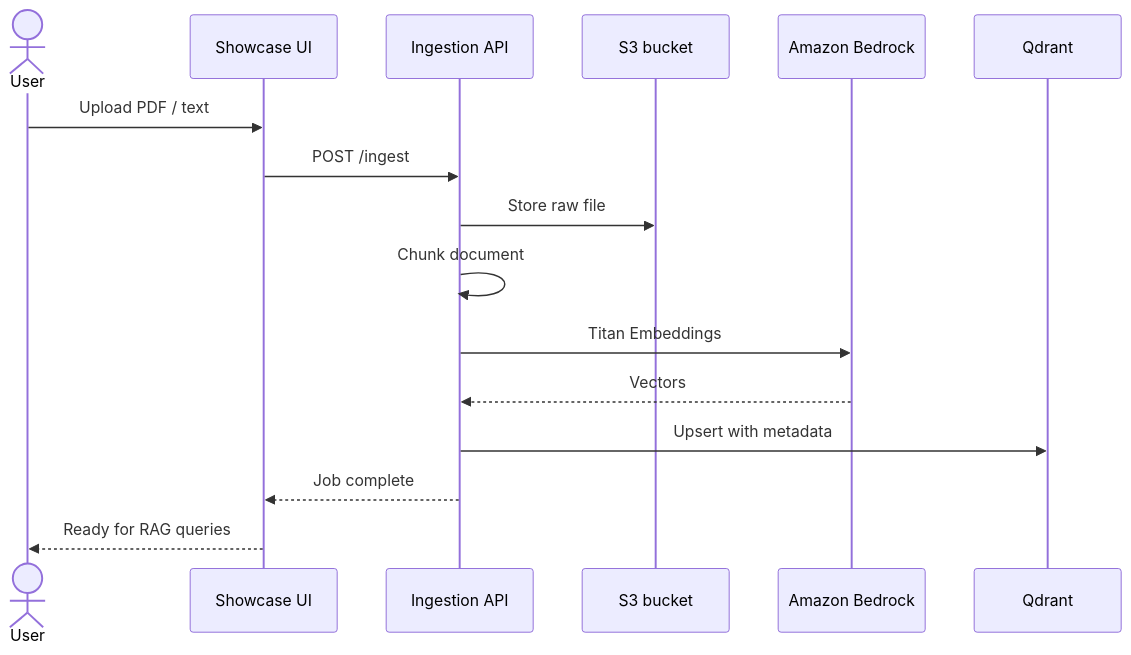
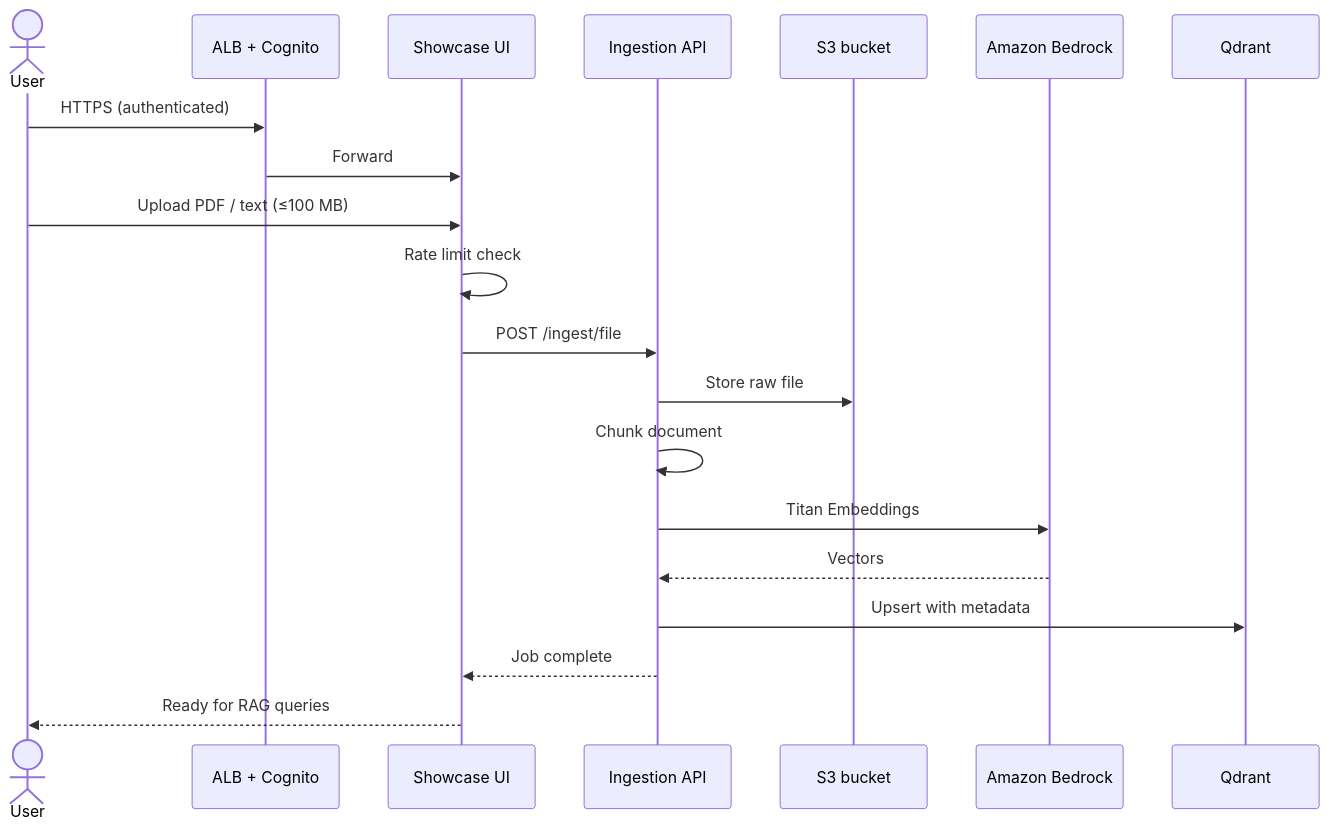
One commit to emguru/langrag changed the fourth of 7 diagrams in docs/ARCHITECTURE_DIAGRAM.md. Above: the diagram before and after it, drawn with Mermaid. The commit also changed other lines of this file and 45 other files, not shown here.

````diff
--- a/docs/ARCHITECTURE_DIAGRAM.md
+++ b/docs/ARCHITECTURE_DIAGRAM.md
@@ -119,19 +164,23 @@
 ```mermaid
 sequenceDiagram
   actor User
+  participant ALB as ALB + Cognito
   participant UI as Showcase UI
   participant Ing as Ingestion API
   participant S3 as S3 bucket
   participant BR as Amazon Bedrock
   participant Q as Qdrant
 
-  User->>UI: Upload PDF / text
-  UI->>Ing: POST /ingest
+  User->>ALB: HTTPS (authenticated)
+  ALB->>UI: Forward
+  User->>UI: Upload PDF / text (≤100 MB)
+  UI->>UI: Rate limit check
+  UI->>Ing: POST /ingest/file
   Ing->>S3: Store raw file
   Ing->>Ing: Chunk document
   Ing->>BR: Titan Embeddings
   BR-->>Ing: Vectors
   Ing->>Q: Upsert with metadata
   Ing-->>UI: Job complete
   UI-->>User: Ready for RAG queries
 ```
````
